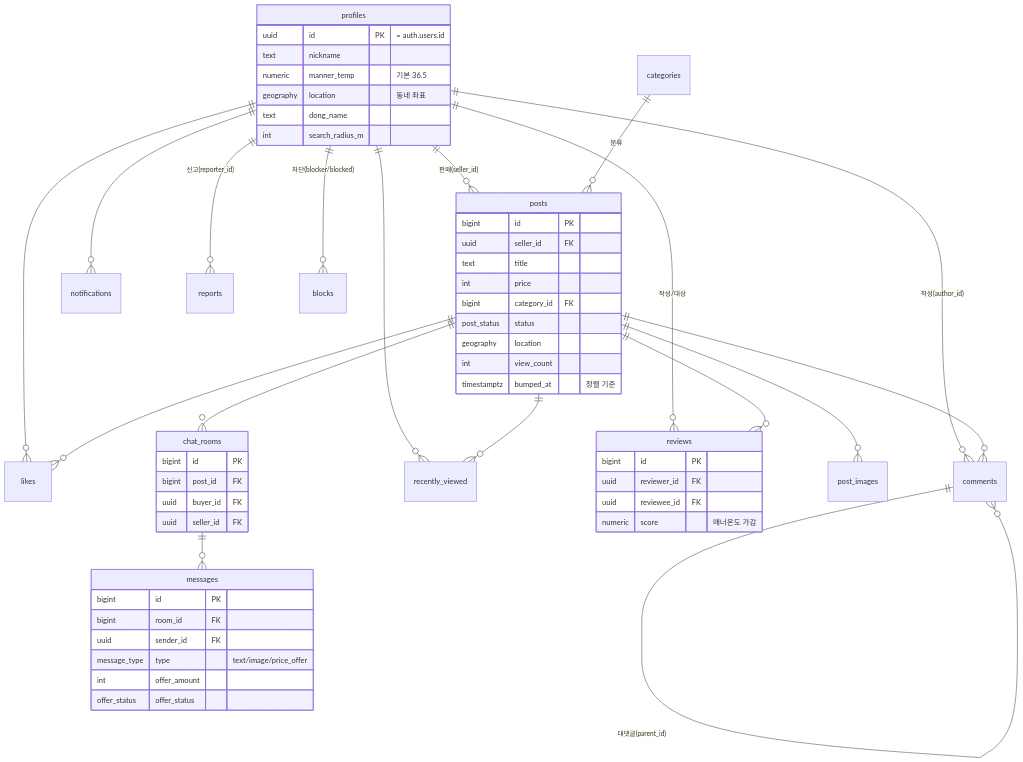
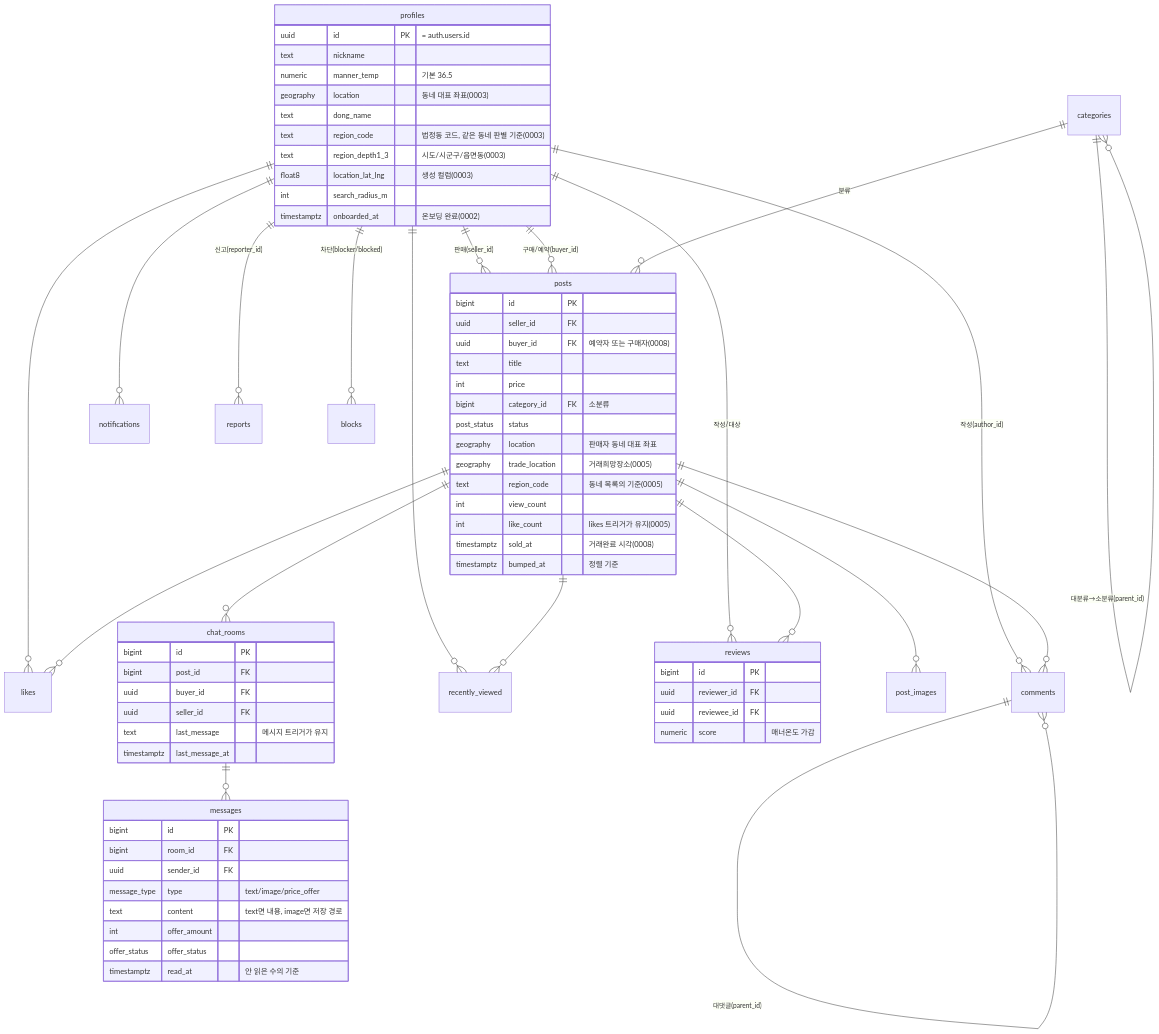
One commit to hoj0806/Eggplant-Market changed the diagram in docs/erd.md. Above: the diagram before and after it, drawn with Mermaid. The commit also changed other lines of this file and 47 other files, not shown here.

````diff
--- a/docs/erd.md
+++ b/docs/erd.md
@@ -6,63 +6,78 @@
 ```mermaid
 erDiagram
     profiles ||--o{ posts            : "판매(seller_id)"
+    profiles ||--o{ posts            : "구매/예약(buyer_id)"
     profiles ||--o{ likes            : ""
     profiles ||--o{ comments         : "작성(author_id)"
     profiles ||--o{ recently_viewed  : ""
     profiles ||--o{ notifications    : ""
     profiles ||--o{ reports          : "신고(reporter_id)"
     profiles ||--o{ reviews          : "작성/대상"
     profiles ||--o{ blocks           : "차단(blocker/blocked)"
 
+    categories ||--o{ categories     : "대분류→소분류(parent_id)"
     categories ||--o{ posts          : "분류"
 
     posts ||--o{ post_images         : ""
     posts ||--o{ likes               : ""
     posts ||--o{ comments            : ""
     posts ||--o{ chat_rooms          : ""
     posts ||--o{ reviews             : ""
     posts ||--o{ recently_viewed     : ""
 
     chat_rooms ||--o{ messages       : ""
     comments  ||--o{ comments        : "대댓글(parent_id)"
 
     profiles {
         uuid    id PK "= auth.users.id"
         text    nickname
         numeric manner_temp "기본 36.5"
-        geography location "동네 좌표"
+        geography location "동네 대표 좌표(0003)"
         text    dong_name
+        text    region_code "법정동 코드, 같은 동네 판별 기준(0003)"
+        text    region_depth1_3 "시도/시군구/읍면동(0003)"
+        float8  location_lat_lng "생성 컬럼(0003)"
         int     search_radius_m
+        timestamptz onboarded_at "온보딩 완료(0002)"
     }
     posts {
         bigint      id PK
         uuid        seller_id FK
+        uuid        buyer_id FK "예약자 또는 구매자(0008)"
         text        title
         int         price
-        bigint      category_id FK
+        bigint      category_id FK "소분류"
         post_status status
-        geography   location
+        geography   location "판매자 동네 대표 좌표"
+        geography   trade_location "거래희망장소(0005)"
+        text        region_code "동네 목록의 기준(0005)"
         int         view_count
+        int         like_count "likes 트리거가 유지(0005)"
+        timestamptz sold_at "거래완료 시각(0008)"
         timestamptz bumped_at "정렬 기준"
     }
     chat_rooms {
-        bigint id PK
-        bigint post_id FK
-        uuid   buyer_id FK
-        uuid   seller_id FK
+        bigint      id PK
+        bigint      post_id FK
+        uuid        buyer_id FK
+        uuid        seller_id FK
+        text        last_message "메시지 트리거가 유지"
+        timestamptz last_message_at
     }
     messages {
         bigint       id PK
         bigint       room_id FK
         uuid         sender_id FK
         message_type type "text/image/price_offer"
+        text         content "text면 내용, image면 저장 경로"
         int          offer_amount
         offer_status offer_status
+        timestamptz  read_at "안 읽은 수의 기준"
     }
     reviews {
         bigint  id PK
         uuid    reviewer_id FK
         uuid    reviewee_id FK
         numeric score "매너온도 가감"
     }
 ```
````
